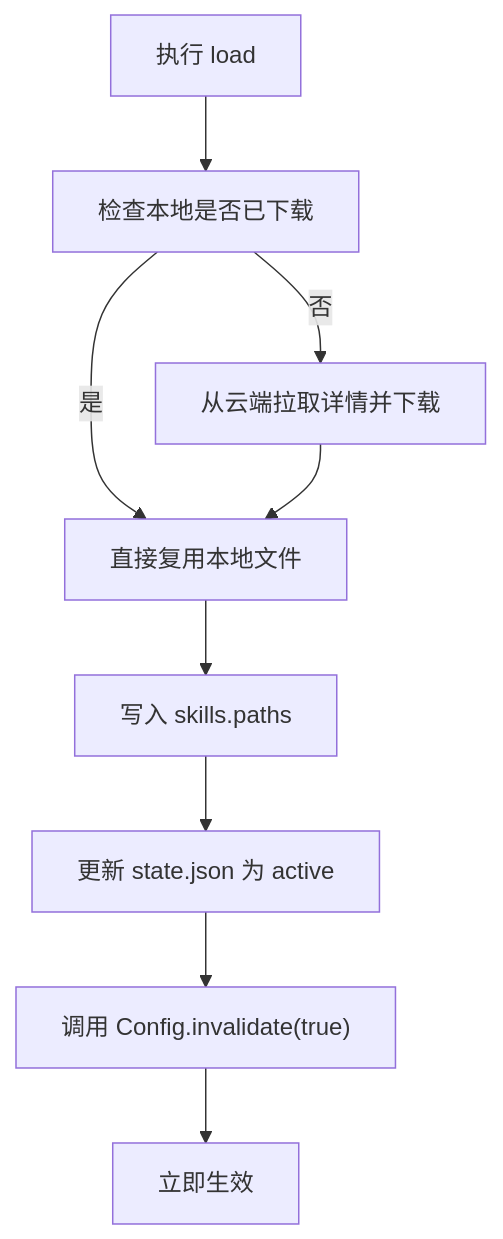
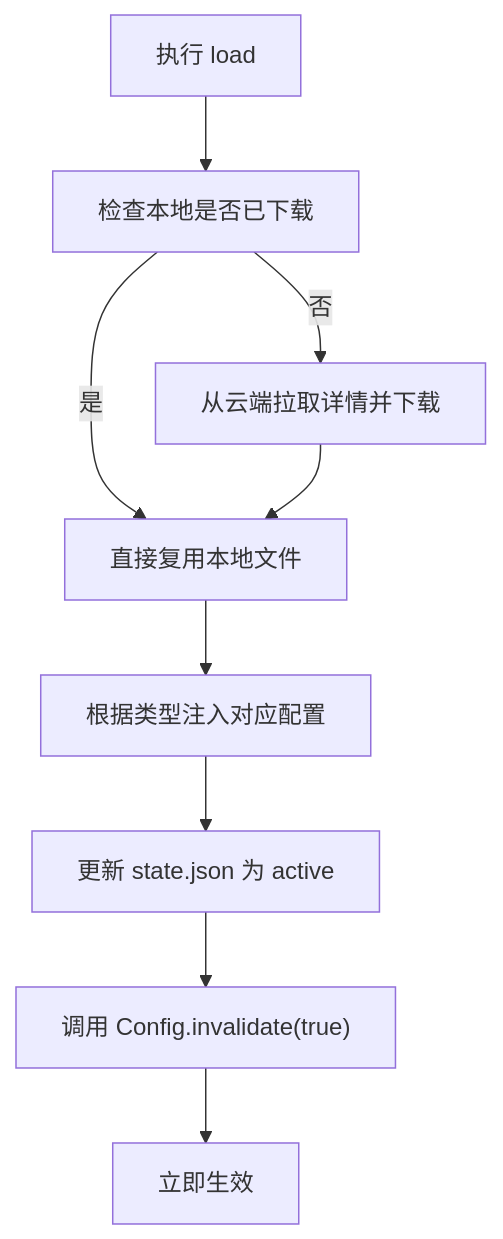
The second of 2 diagrams in docs/cloud-favorite-design.md (xhl040706-cloud/opencode), drawn with Mermaid before and after one commit. The commit also changed other lines of this file and 4 other files, not shown here.

````diff
--- a/docs/cloud-favorite-design.md
+++ b/docs/cloud-favorite-design.md
@@ -558,11 +666,11 @@
 ```mermaid
 flowchart TD
     A["执行 load"] --> B["检查本地是否已下载"]
     B -->|否| C["从云端拉取详情并下载"]
     B -->|是| D["直接复用本地文件"]
     C --> D
-    D --> E["写入 skills.paths"]
+    D --> E["根据类型注入对应配置"]
     E --> F["更新 state.json 为 active"]
     F --> G["调用 Config.invalidate(true)"]
     G --> H["立即生效"]
 ```
````
